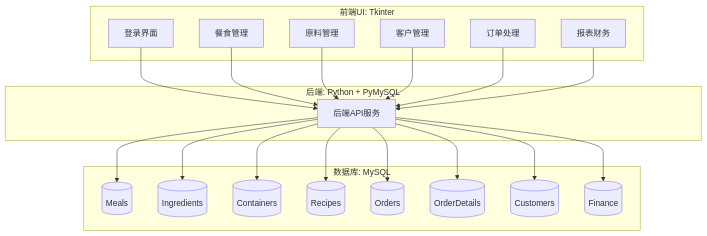
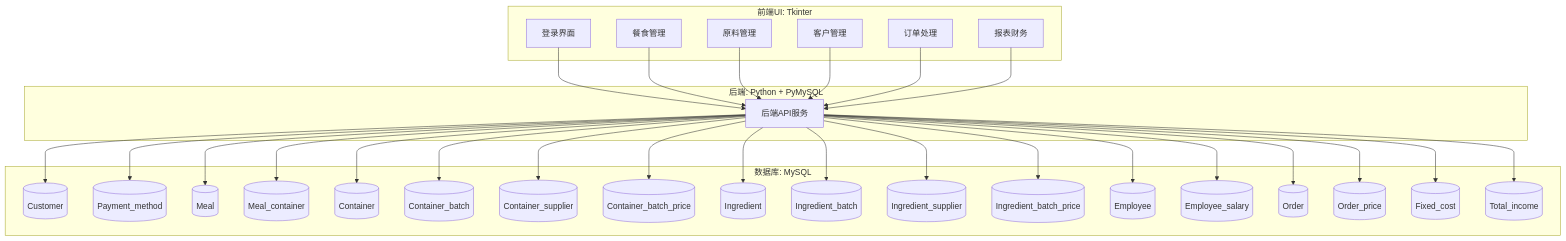
One commit to BeyondESH/Inventory-Management-System changed the diagram in README.md. Above: the diagram before and after it, drawn with Mermaid. The commit also changed other lines of this file and 103 other files, not shown here.

````diff
--- a/README.md
+++ b/README.md
@@ -50,43 +38,62 @@
 ```mermaid
 graph TD
   subgraph UI_Tkinter [前端UI: Tkinter]
     Login[登录界面]
     MealUI[餐食管理]
     IngredientUI[原料管理]
     CustomerUI[客户管理]
     OrderUI[订单处理]
     ReportUI[报表财务]
   end
 
   subgraph Backend_Python [后端: Python + PyMySQL]
     API[后端API服务]
   end
 
   subgraph Database_MySQL [数据库: MySQL]
-    Meals[(Meals)]
-    Ingredients[(Ingredients)]
-    Containers[(Containers)]
-    Recipes[(Recipes)]
-    Orders[(Orders)]
-    OrderDetails[(OrderDetails)]
-    Customers[(Customers)]
-    Finance[(Finance)]
+    Customer[(Customer)]
+    PaymentMethod[(Payment_method)]
+    Meal[(Meal)]
+    MealContainer[(Meal_container)]
+    Container[(Container)]
+    ContainerBatch[(Container_batch)]
+    ContainerSupplier[(Container_supplier)]
+    ContainerBatchPrice[(Container_batch_price)]
+    Ingredient[(Ingredient)]
+    IngredientBatch[(Ingredient_batch)]
+    IngredientSupplier[(Ingredient_supplier)]
+    IngredientBatchPrice[(Ingredient_batch_price)]
+    Employee[(Employee)]
+    EmployeeSalary[(Employee_salary)]
+    Orders[(Order)]
+    OrderPrice[(Order_price)]
+    FixedCost[(Fixed_cost)]
+    TotalIncome[(Total_income)]
   end
 
   Login --> API
   MealUI --> API
   IngredientUI --> API
   CustomerUI --> API
   OrderUI --> API
   ReportUI --> API
 
-  API --> Meals
-  API --> Ingredients
-  API --> Containers
-  API --> Recipes
+  API --> Customer
+  API --> PaymentMethod
+  API --> Meal
+  API --> MealContainer
+  API --> Container
+  API --> ContainerBatch
+  API --> ContainerSupplier
+  API --> ContainerBatchPrice
+  API --> Ingredient
+  API --> IngredientBatch
+  API --> IngredientSupplier
+  API --> IngredientBatchPrice
+  API --> Employee
+  API --> EmployeeSalary
   API --> Orders
-  API --> OrderDetails
-  API --> Customers
-  API --> Finance
-
+  API --> OrderPrice
+  API --> FixedCost
+  API --> TotalIncome
 ```
````
